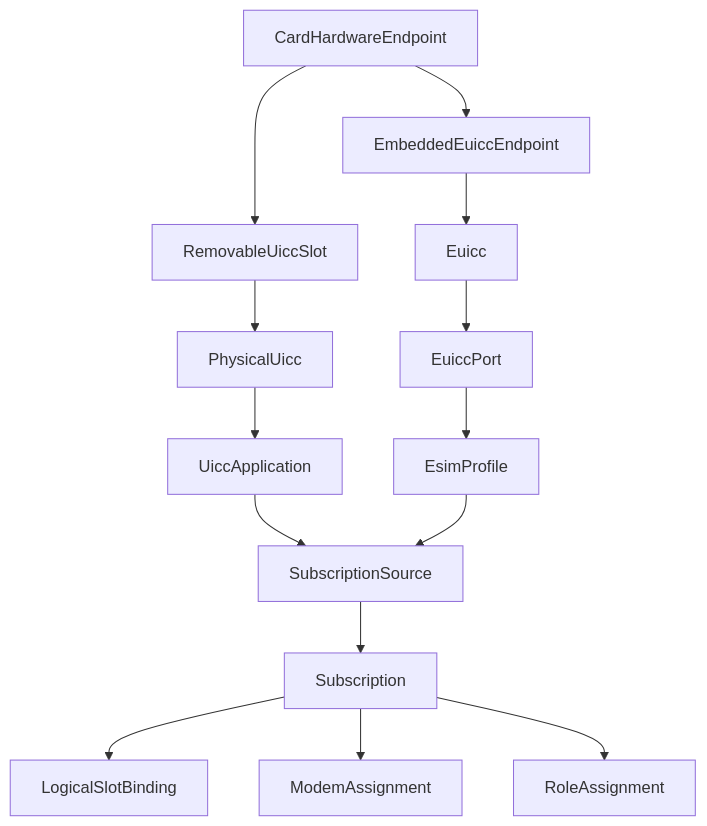
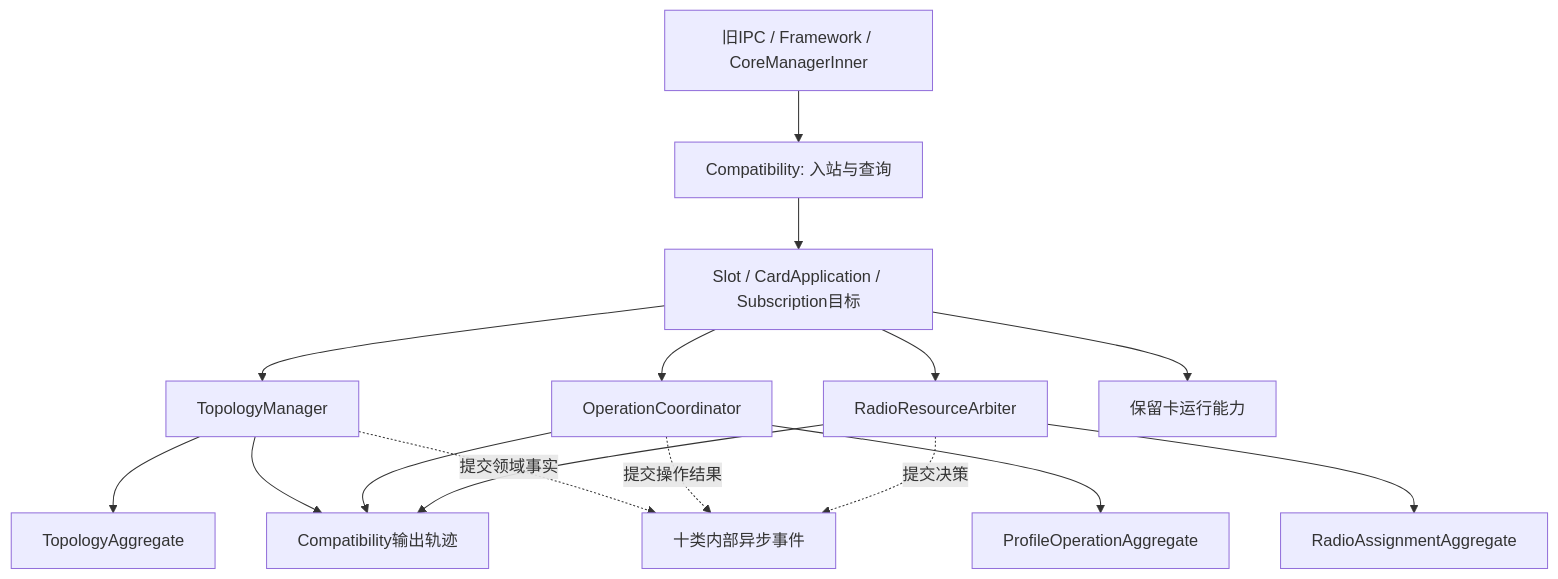
One commit to zjuluowu/multisim changed the first of 2 diagrams in telephony_core_service/docs/MultiSIM/04_ddd_target_architecture.md. Above: the diagram before and after it, drawn with Mermaid. The commit also changed other lines of this file and 67 other files, not shown here.

Commit message:
docs(sim): unify architecture design and Linux test documentation

````diff
--- a/telephony_core_service/docs/MultiSIM/04_ddd_target_architecture.md
+++ b/telephony_core_service/docs/MultiSIM/04_ddd_target_architecture.md
@@ -1515,35 +24,18 @@
 ```mermaid
 flowchart TB
-    ENDPOINT[CardHardwareEndpoint]
-
-    PSLOT[RemovableUiccSlot]
-    EENDPOINT[EmbeddedEuiccEndpoint]
-
-    PUICC[PhysicalUicc]
-    EUICC[Euicc]
-
-    UAPP[UiccApplication]
-    PORT[EuiccPort]
-    PROFILE[EsimProfile]
-
-    SOURCE[SubscriptionSource]
-    SUB[Subscription]
-
-    LS[LogicalSlotBinding]
-    MA[ModemAssignment]
-    ROLE[RoleAssignment]
-
-    ENDPOINT --> PSLOT
-    ENDPOINT --> EENDPOINT
-
-    PSLOT --> PUICC --> UAPP
-    EENDPOINT --> EUICC --> PORT --> PROFILE
-
-    UAPP --> SOURCE
-    PROFILE --> SOURCE
-
-    SOURCE --> SUB
-    SUB --> LS
-    SUB --> MA
-    SUB --> ROLE
+    Entry[旧IPC / Framework / CoreManagerInner] --> ACL[Compatibility: 入站与查询]
+    ACL --> Target[Slot / CardApplication / Subscription目标]
+    Target --> Top[TopologyManager]
+    Target --> Op[OperationCoordinator]
+    Target --> Assign[RadioResourceArbiter]
+    Target --> Card[保留卡运行能力]
+    Top --> TG[TopologyAggregate]
+    Op --> OG[ProfileOperationAggregate]
+    Assign --> AG[RadioAssignmentAggregate]
+    Top --> Out[Compatibility输出轨迹]
+    Op --> Out
+    Assign --> Out
+    Top -.提交领域事实.-> Bus[十类内部异步事件]
+    Op -.提交操作结果.-> Bus
+    Assign -.提交决策.-> Bus
 ```
````
